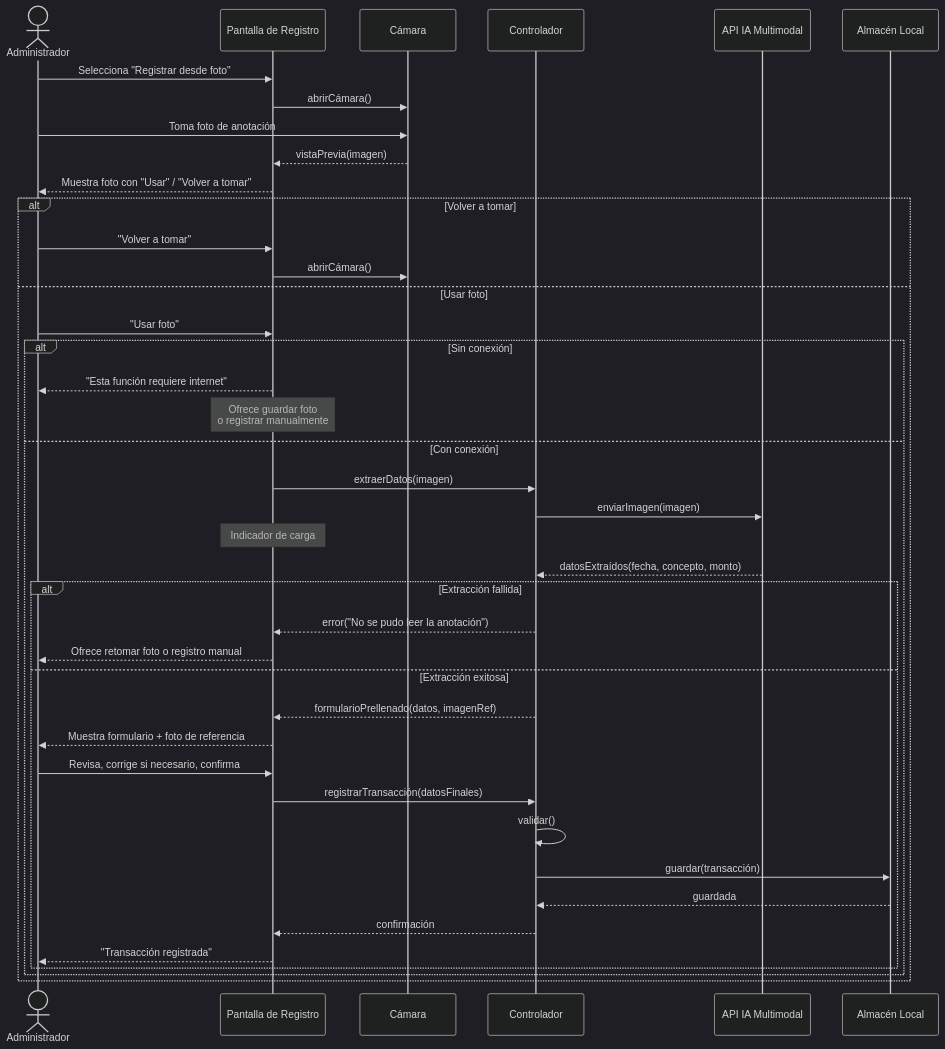
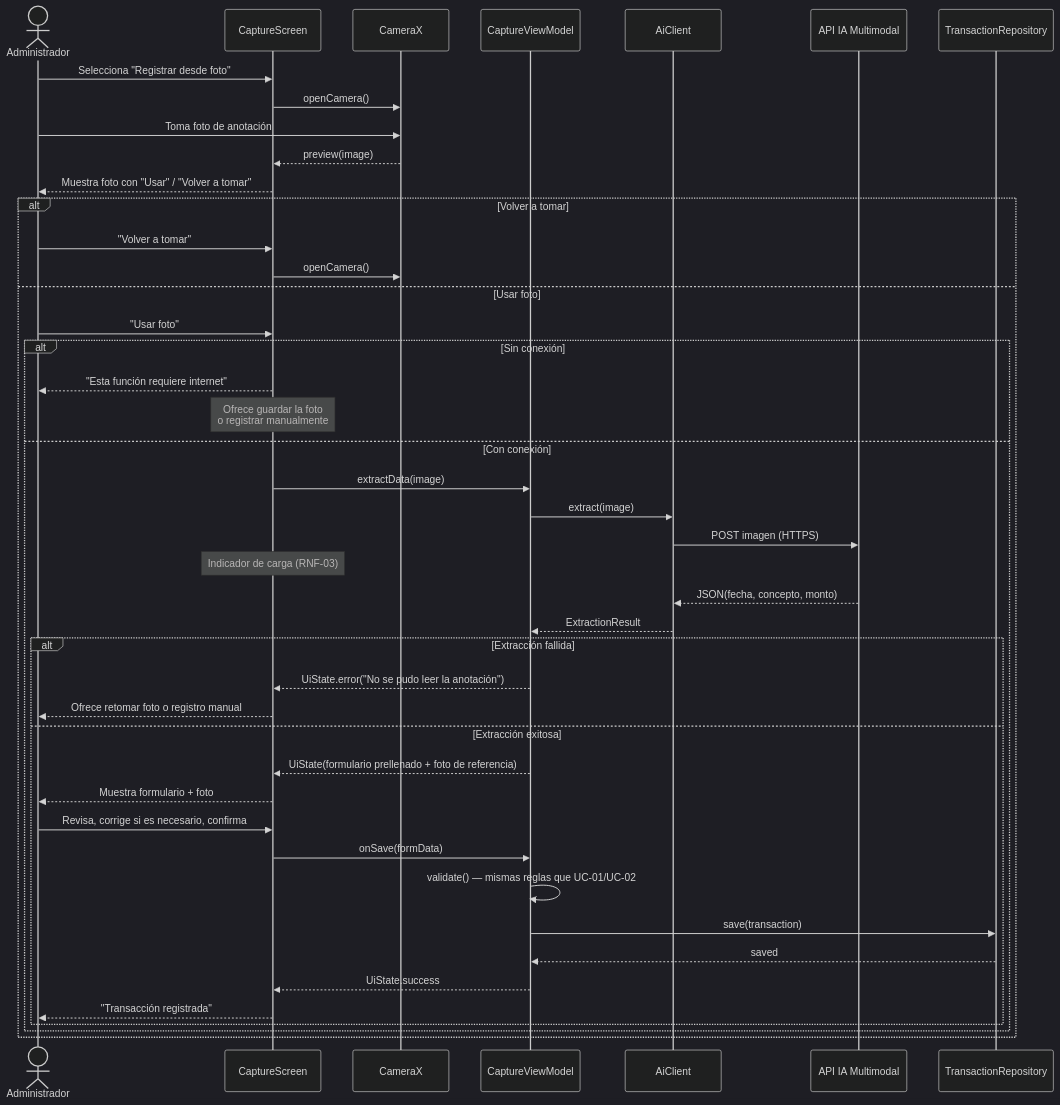
The fifth of 6 diagrams in docs/3-casos-uso-uml/diagramas_secuencia.md (Mundolel/SGE), drawn with Mermaid (dark theme) before and after one commit. The commit also changed other lines of this file and 2 other files, not shown here.

First line of the commit message:
docs: align UML deliverables with architecture ADRs (#28)

````diff
--- a/docs/3-casos-uso-uml/diagramas_secuencia.md
+++ b/docs/3-casos-uso-uml/diagramas_secuencia.md
@@ -161,48 +172,51 @@
 ```mermaid
 sequenceDiagram
     actor Admin as Administrador
-    participant UI as Pantalla de Registro
-    participant Cam as Cámara
-    participant Ctrl as Controlador
+    participant Screen as CaptureScreen
+    participant Cam as CameraX
+    participant VM as CaptureViewModel
+    participant AI as AiClient
     participant API as API IA Multimodal
-    participant Repo as Almacén Local
+    participant Repo as TransactionRepository
 
-    Admin->>UI: Selecciona "Registrar desde foto"
-    UI->>Cam: abrirCámara()
+    Admin->>Screen: Selecciona "Registrar desde foto"
+    Screen->>Cam: openCamera()
     Admin->>Cam: Toma foto de anotación
-    Cam-->>UI: vistaPrevia(imagen)
-    UI-->>Admin: Muestra foto con "Usar" / "Volver a tomar"
+    Cam-->>Screen: preview(image)
+    Screen-->>Admin: Muestra foto con "Usar" / "Volver a tomar"
 
     alt Volver a tomar
-        Admin->>UI: "Volver a tomar"
-        UI->>Cam: abrirCámara()
+        Admin->>Screen: "Volver a tomar"
+        Screen->>Cam: openCamera()
     else Usar foto
-        Admin->>UI: "Usar foto"
+        Admin->>Screen: "Usar foto"
 
         alt Sin conexión
-            UI-->>Admin: "Esta función requiere internet"
-            Note over UI: Ofrece guardar foto<br/>o registrar manualmente
+            Screen-->>Admin: "Esta función requiere internet"
+            Note over Screen: Ofrece guardar la foto<br/>o registrar manualmente
         else Con conexión
-            UI->>Ctrl: extraerDatos(imagen)
-            Ctrl->>API: enviarImagen(imagen)
-            Note over UI: Indicador de carga
-            API-->>Ctrl: datosExtraídos(fecha, concepto, monto)
+            Screen->>VM: extractData(image)
+            VM->>AI: extract(image)
+            AI->>API: POST imagen (HTTPS)
+            Note over Screen: Indicador de carga (RNF-03)
+            API-->>AI: JSON(fecha, concepto, monto)
+            AI-->>VM: ExtractionResult
 
             alt Extracción fallida
-                Ctrl-->>UI: error("No se pudo leer la anotación")
-                UI-->>Admin: Ofrece retomar foto o registro manual
+                VM-->>Screen: UiState.error("No se pudo leer la anotación")
+                Screen-->>Admin: Ofrece retomar foto o registro manual
             else Extracción exitosa
-                Ctrl-->>UI: formularioPrellenado(datos, imagenRef)
-                UI-->>Admin: Muestra formulario + foto de referencia
+                VM-->>Screen: UiState(formulario prellenado + foto de referencia)
+                Screen-->>Admin: Muestra formulario + foto
 
-                Admin->>UI: Revisa, corrige si necesario, confirma
-                UI->>Ctrl: registrarTransacción(datosFinales)
-                Ctrl->>Ctrl: validar()
-                Ctrl->>Repo: guardar(transacción)
-                Repo-->>Ctrl: guardada
-                Ctrl-->>UI: confirmación
-                UI-->>Admin: "Transacción registrada"
+                Admin->>Screen: Revisa, corrige si es necesario, confirma
+                Screen->>VM: onSave(formData)
+                VM->>VM: validate() — mismas reglas que UC-01/UC-02
+                VM->>Repo: save(transaction)
+                Repo-->>VM: saved
+                VM-->>Screen: UiState.success
+                Screen-->>Admin: "Transacción registrada"
             end
         end
     end
 ```
````
